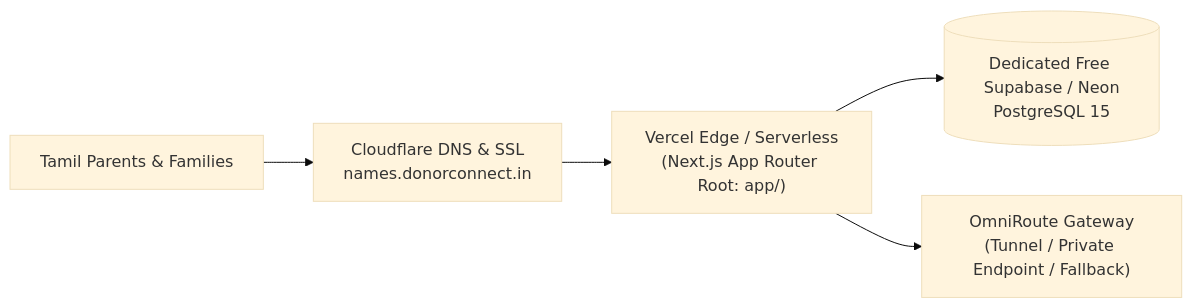
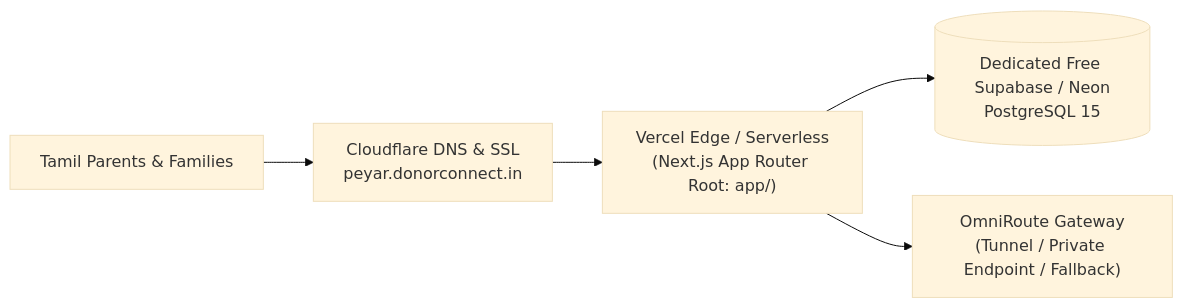
The diagram in doc/deployment/site/01-Production-Site-Deployment-DonorConnect.md (rangathecreator/Peyarcholai), drawn with Mermaid (base theme) before and after one commit. The commit also changed other lines of this file and 7 other files, not shown here.

Commit message:
docs(deployment): update subdomain targets to peyar.donorconnect.in across deployment guides and environment templates

````diff
--- a/doc/deployment/site/01-Production-Site-Deployment-DonorConnect.md
+++ b/doc/deployment/site/01-Production-Site-Deployment-DonorConnect.md
@@ -11,7 +11,7 @@
 ```mermaid
 flowchart LR
-    U["Tamil Parents & Families"] --> CF["Cloudflare DNS & SSL<br/>names.donorconnect.in"]
+    U["Tamil Parents & Families"] --> CF["Cloudflare DNS & SSL<br/>peyar.donorconnect.in"]
     CF --> VERCEL["Vercel Edge / Serverless<br/>(Next.js App Router Root: app/)"]
     VERCEL --> DB[("Dedicated Free Supabase / Neon<br/>PostgreSQL 15")]
     VERCEL --> OR["OmniRoute Gateway<br/>(Tunnel / Private Endpoint / Fallback)"]
 ```
````
